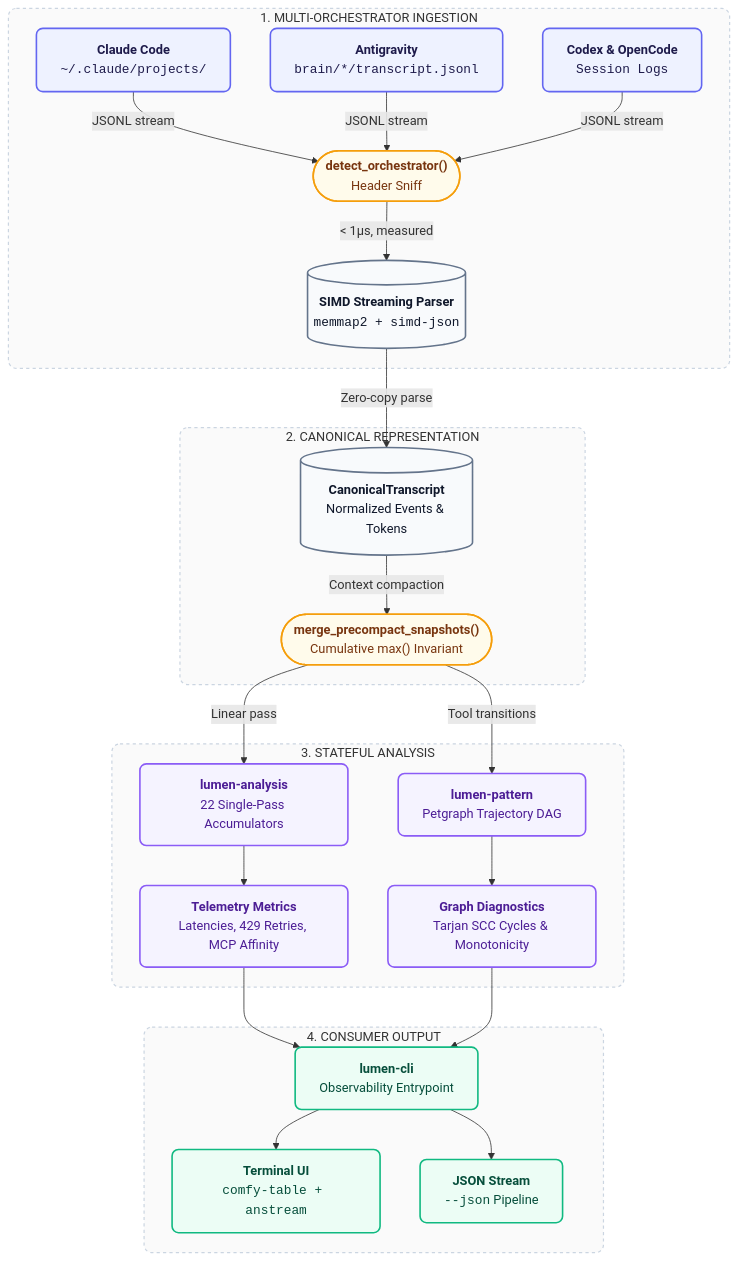
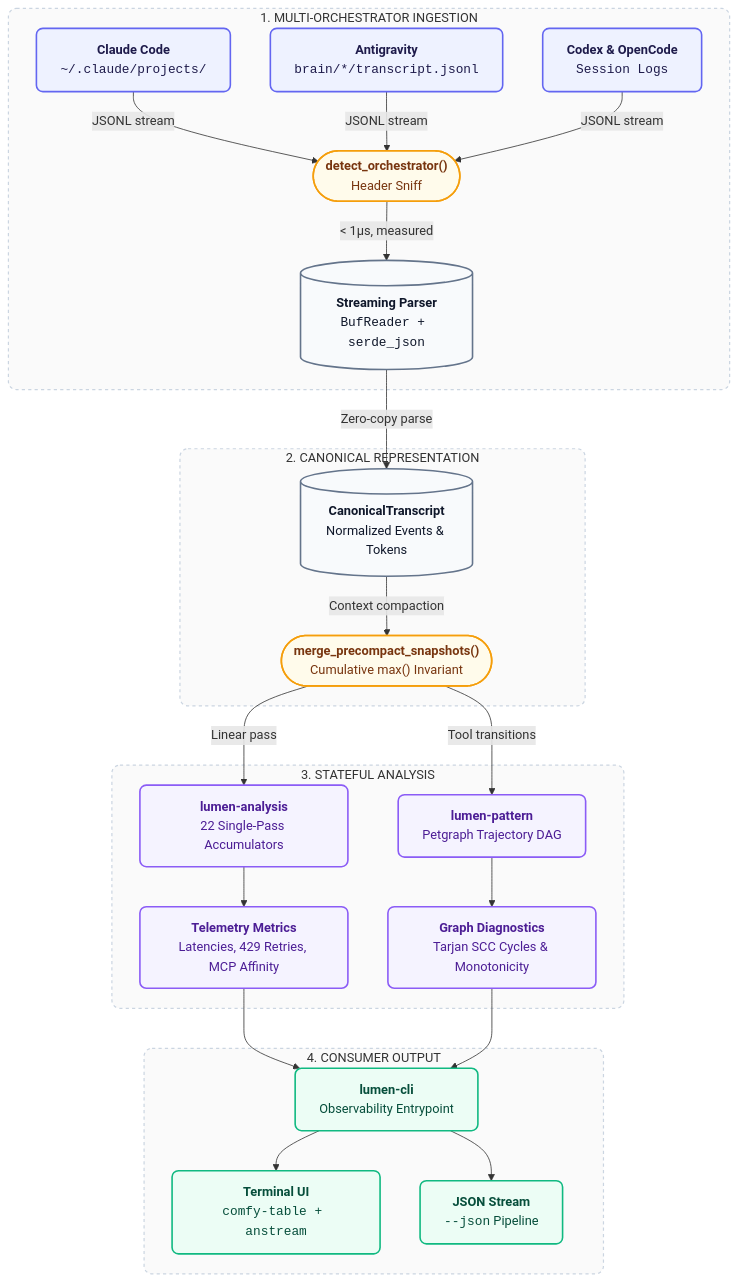
One commit to orin-axi/lumen changed the first of 2 diagrams in README.md. Above: the diagram before and after it, drawn with Mermaid. The commit also changed other lines of this file and 32 other files, not shown here.

````diff
--- a/README.md
+++ b/README.md
@@ -28,59 +28,59 @@
 ```mermaid
 flowchart TD
     classDef source fill:#eef2ff,stroke:#6366f1,stroke-width:2px,color:#1e1b4b,rx:8px,ry:8px;
     classDef router fill:#fffbeb,stroke:#f59e0b,stroke-width:2px,color:#78350f,rx:8px,ry:8px;
     classDef store fill:#f8fafc,stroke:#64748b,stroke-width:2px,color:#0f172a,rx:8px,ry:8px;
     classDef engine fill:#f5f3ff,stroke:#8b5cf6,stroke-width:2px,color:#4c1d95,rx:8px,ry:8px;
     classDef terminal fill:#ecfdf5,stroke:#10b981,stroke-width:2px,color:#064e3b,rx:8px,ry:8px;
 
     subgraph Ingestion [" 1. MULTI-ORCHESTRATOR INGESTION "]
         A1["<b>Claude Code</b><br/><code>~/.claude/projects/</code>"]:::source
         A2["<b>Antigravity</b><br/><code>brain/*/transcript.jsonl</code>"]:::source
         A3["<b>Codex & OpenCode</b><br/><code>Session Logs</code>"]:::source
         
         F(["<b>detect_orchestrator()</b><br/>Header Sniff"]):::router
-        B[("<b>SIMD Streaming Parser</b><br/><code>memmap2 + simd-json</code>")]:::store
+        B[("<b>Streaming Parser</b><br/><code>BufReader + serde_json</code>")]:::store
 
         A1 -->|JSONL stream| F
         A2 -->|JSONL stream| F
         A3 -->|JSONL stream| F
         F -->|< 1µs, measured| B
     end
 
     subgraph IR [" 2. CANONICAL REPRESENTATION "]
         C[("<b>CanonicalTranscript</b><br/>Normalized Events & Tokens")]:::store
         S(["<b>merge_precompact_snapshots()</b><br/>Cumulative max() Invariant"]):::router
 
         B -->|Zero-copy parse| C
         C -->|Context compaction| S
     end
 
     subgraph Analytics [" 3. STATEFUL ANALYSIS "]
         D1["<b>lumen-analysis</b><br/>22 Single-Pass Accumulators"]:::engine
         D2["<b>lumen-pattern</b><br/>Petgraph Trajectory DAG"]:::engine
 
         E1["<b>Telemetry Metrics</b><br/>Latencies, 429 Retries, MCP Affinity"]:::engine
         E2["<b>Graph Diagnostics</b><br/>Tarjan SCC Cycles & Monotonicity"]:::engine
 
         S -->|Linear pass| D1
         S -->|Tool transitions| D2
         D1 --> E1
         D2 --> E2
     end
 
     subgraph Output [" 4. CONSUMER OUTPUT "]
         O["<b>lumen-cli</b><br/>Observability Entrypoint"]:::terminal
         TTY["<b>Terminal UI</b><br/><code>comfy-table + anstream</code>"]:::terminal
         JSON["<b>JSON Stream</b><br/><code>--json</code> Pipeline"]:::terminal
 
         E1 --> O
         E2 --> O
         O --> TTY
         O --> JSON
     end
 
     style Ingestion fill:#fafafa,stroke:#cbd5e1,stroke-width:1.5px,stroke-dasharray: 4 4,rx:10px,ry:10px
     style IR fill:#fafafa,stroke:#cbd5e1,stroke-width:1.5px,stroke-dasharray: 4 4,rx:10px,ry:10px
     style Analytics fill:#fafafa,stroke:#cbd5e1,stroke-width:1.5px,stroke-dasharray: 4 4,rx:10px,ry:10px
     style Output fill:#fafafa,stroke:#cbd5e1,stroke-width:1.5px,stroke-dasharray: 4 4,rx:10px,ry:10px
 ```
````
